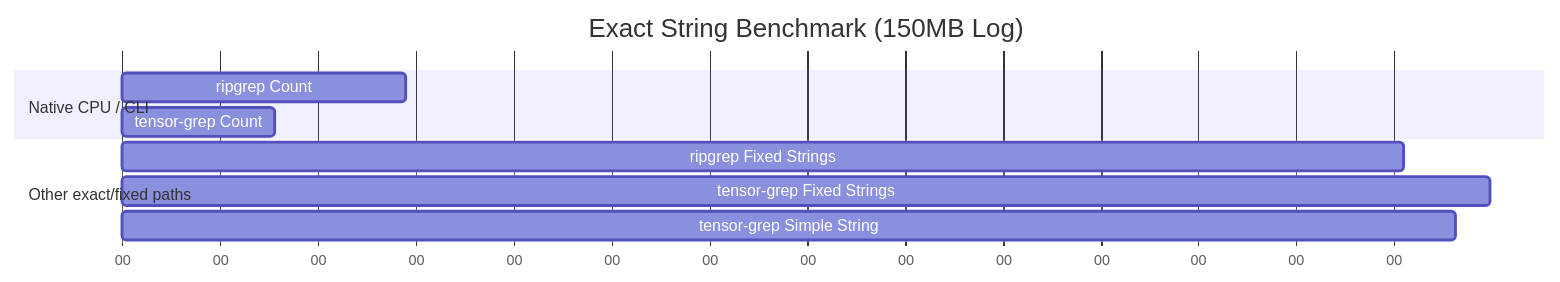
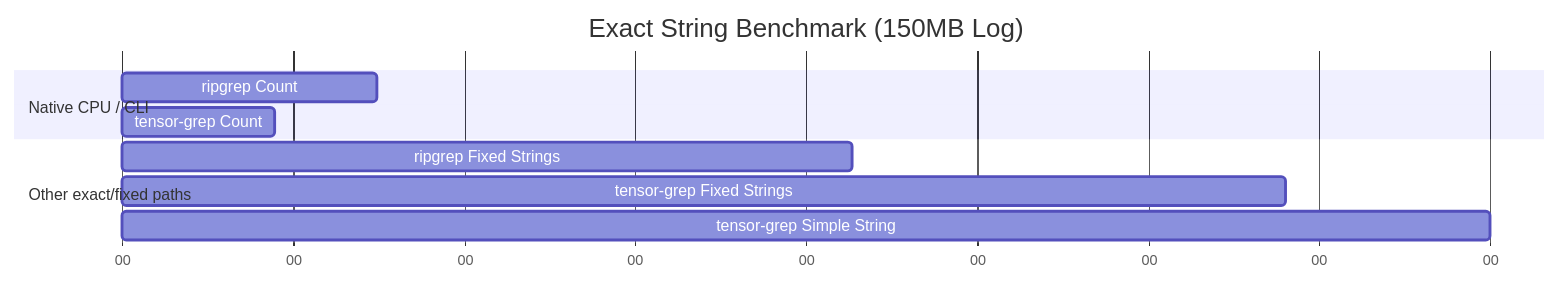
The third of 3 diagrams in docs/PAPER.md (oimiragieo/tensor-grep), drawn with Mermaid before and after one commit. The commit also changed other lines of this file and 1 other file, not shown here.

````diff
--- a/docs/PAPER.md
+++ b/docs/PAPER.md
@@ -127,15 +127,15 @@
 ```mermaid
 gantt
     title Exact String Benchmark (150MB Log)
     dateFormat  s
     axisFormat %S
     
     section Native CPU / CLI
-    ripgrep Count              :a1, 0, 0.145s
-    tensor-grep Count          :a2, 0, 0.078s
+    ripgrep Count              :a1, 0, 0.149s
+    tensor-grep Count          :a2, 0, 0.089s
     
     section Other exact/fixed paths
-    ripgrep Fixed Strings      :a3, 0, 0.655s
-    tensor-grep Fixed Strings  :a4, 0, 0.699s
-    tensor-grep Simple String  :a5, 0, 0.681s
+    ripgrep Fixed Strings      :a3, 0, 0.427s
+    tensor-grep Fixed Strings  :a4, 0, 0.680s
+    tensor-grep Simple String  :a5, 0, 0.800s
 ```
````
